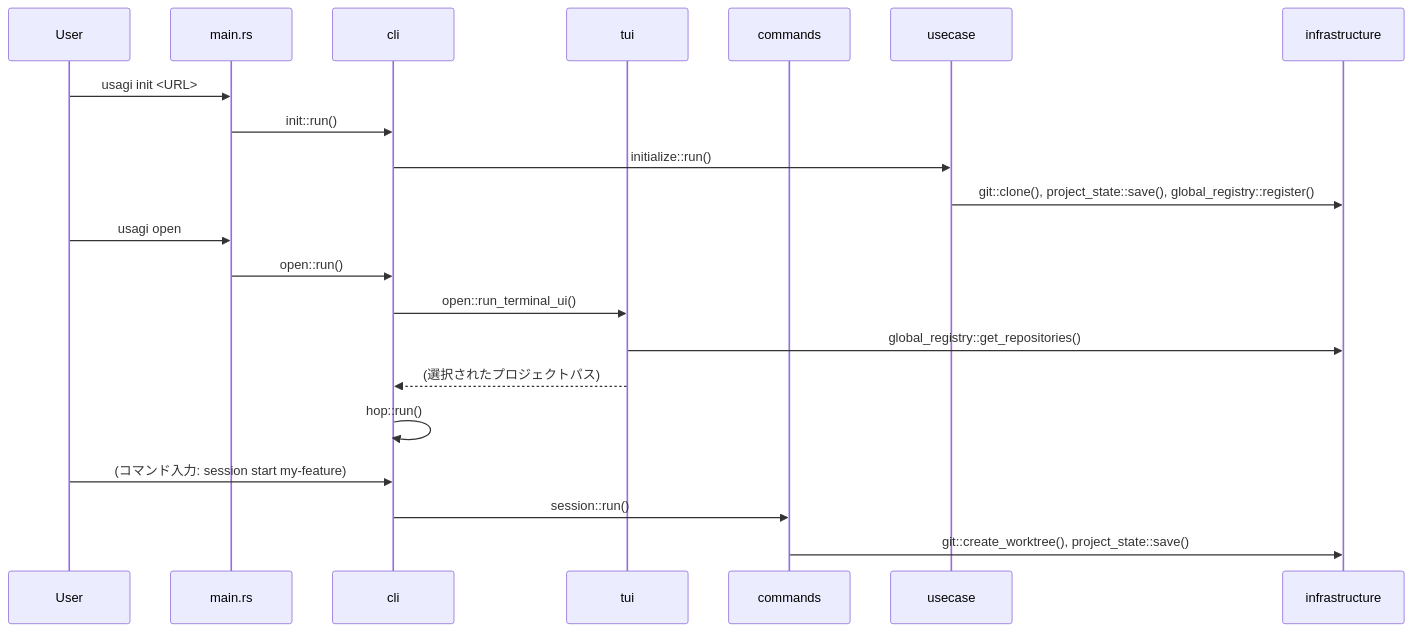
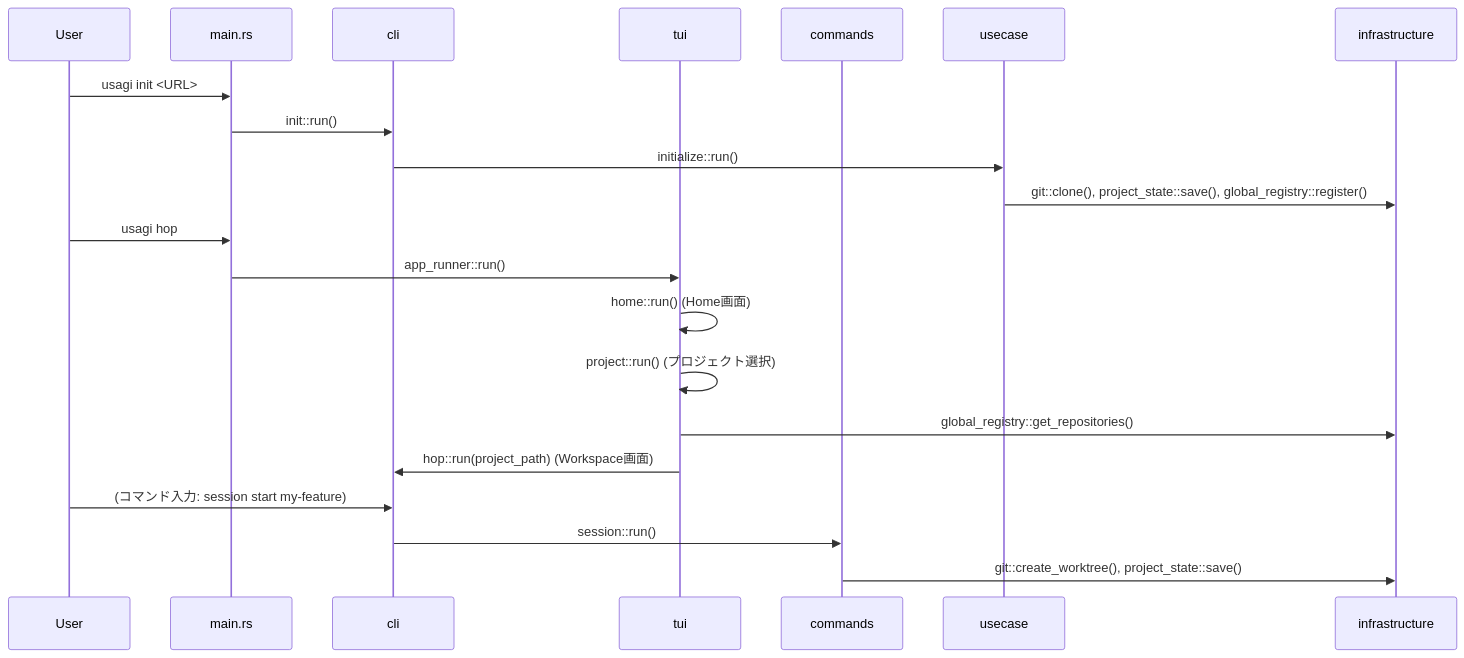
The second of 2 diagrams in doc/structure/src.md (KKyosuke/usagi.ai), drawn with Mermaid before and after one commit. The commit also changed other lines of this file and 17 other files, not shown here.

````diff
--- a/doc/structure/src.md
+++ b/doc/structure/src.md
@@ -128,26 +140,26 @@
 ```mermaid
 sequenceDiagram
     participant User
     participant main.rs
     participant cli
     participant tui
     participant commands
     participant usecase
     participant infrastructure
 
     User->>main.rs: usagi init <URL>
     main.rs->>cli: init::run()
     cli->>usecase: initialize::run()
     usecase->>infrastructure: git::clone(), project_state::save(), global_registry::register()
 
-    User->>main.rs: usagi open
-    main.rs->>cli: open::run()
-    cli->>tui: open::run_terminal_ui()
+    User->>main.rs: usagi hop
+    main.rs->>tui: app_runner::run()
+    tui->>tui: home::run() (Home画面)
+    tui->>tui: project::run() (プロジェクト選択)
     tui->>infrastructure: global_registry::get_repositories()
-    tui-->>cli: (選択されたプロジェクトパス)
-    cli->>cli: hop::run()
+    tui->>cli: hop::run(project_path) (Workspace画面)
 
     User->>cli: (コマンド入力: session start my-feature)
     cli->>commands: session::run()
     commands->>infrastructure: git::create_worktree(), project_state::save()
 ```
````
